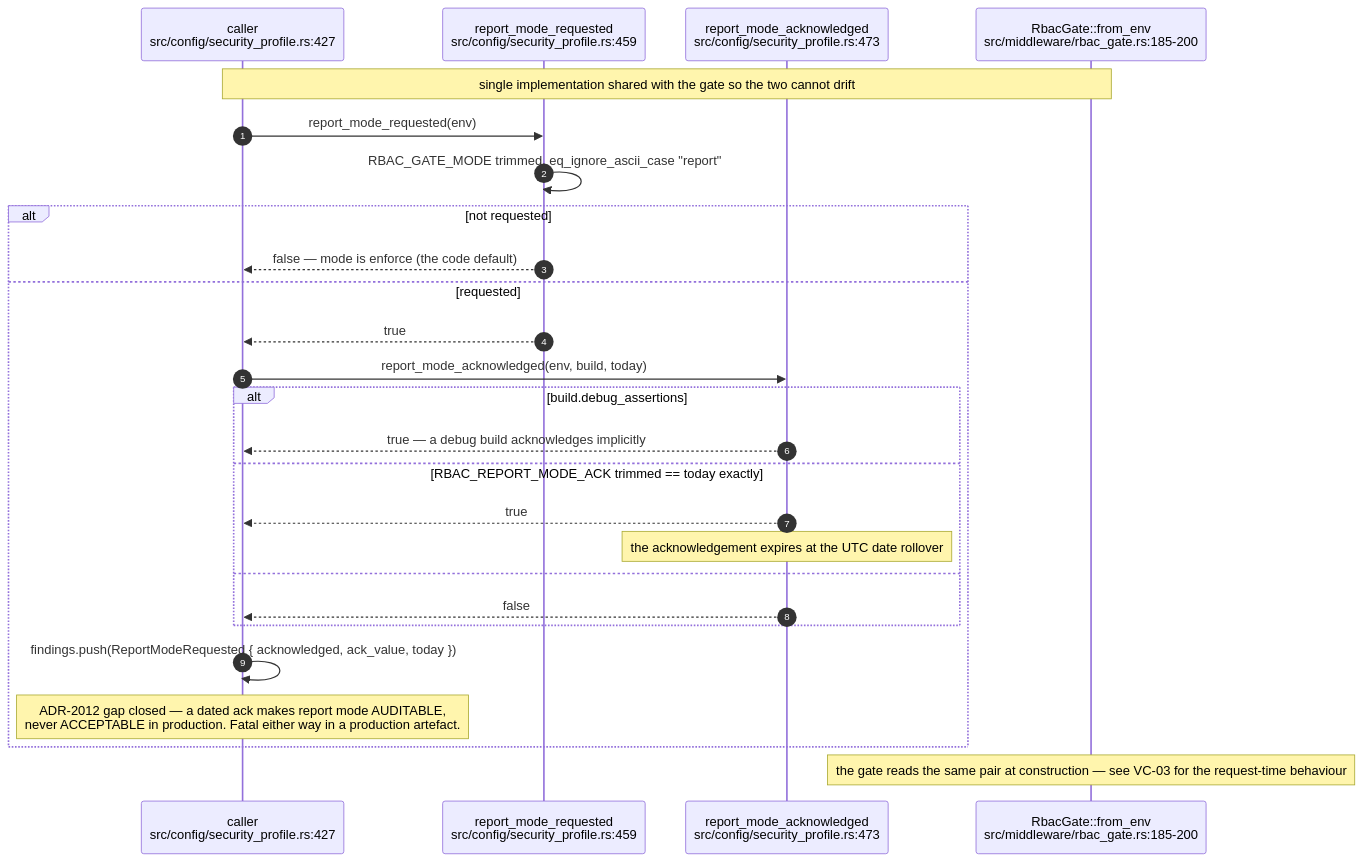
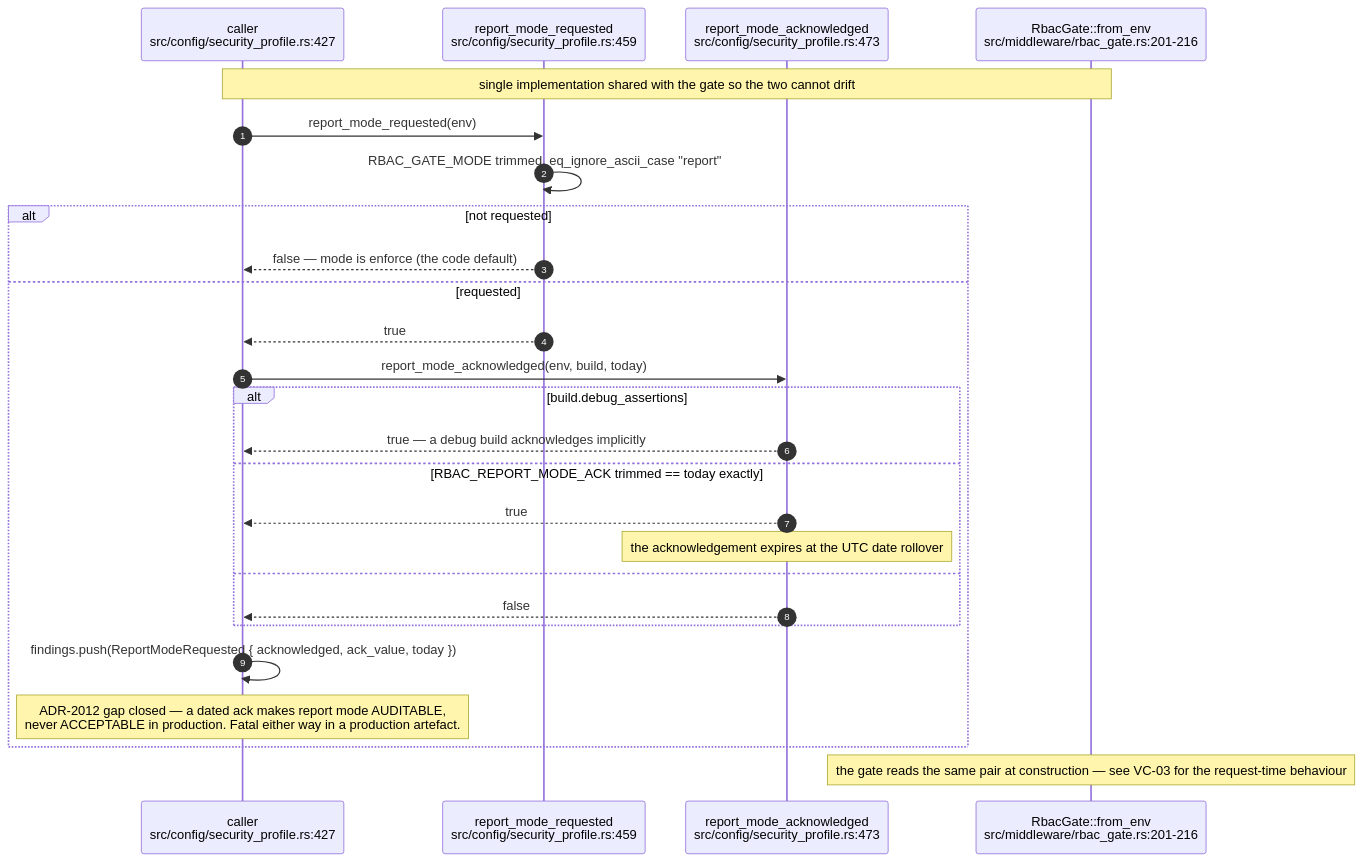
One commit to DreamLab-AI/VisionFlow changed the seventh of 16 diagrams in docs/diagrams/visionclaw/09-config-and-env-flags.md. Above: the diagram before and after it, drawn with Mermaid. The commit also changed other lines of this file and 160 other files, not shown here.

````diff
--- a/docs/diagrams/visionclaw/09-config-and-env-flags.md
+++ b/docs/diagrams/visionclaw/09-config-and-env-flags.md
@@ -354,29 +358,29 @@
 ```mermaid
 sequenceDiagram
     autonumber
     participant C as caller<br/>src/config/security_profile.rs:427
     participant R as report_mode_requested<br/>src/config/security_profile.rs:459
     participant K as report_mode_acknowledged<br/>src/config/security_profile.rs:473
-    participant G as RbacGate::from_env<br/>src/middleware/rbac_gate.rs:185-200
+    participant G as RbacGate::from_env<br/>src/middleware/rbac_gate.rs:201-216
 
     Note over C,G: single implementation shared with the gate so the two cannot drift
     C->>R: report_mode_requested(env)
     R->>R: RBAC_GATE_MODE trimmed, eq_ignore_ascii_case "report"
     alt not requested
         R-->>C: false — mode is enforce (the code default)
     else requested
         R-->>C: true
         C->>K: report_mode_acknowledged(env, build, today)
         alt build.debug_assertions
             K-->>C: true — a debug build acknowledges implicitly
         else RBAC_REPORT_MODE_ACK trimmed == today exactly
             K-->>C: true
             Note over K: the acknowledgement expires at the UTC date rollover
         else
             K-->>C: false
         end
         C->>C: findings.push(ReportModeRequested { acknowledged, ack_value, today })
         Note over C: ADR-2012 gap closed — a dated ack makes report mode AUDITABLE,<br/>never ACCEPTABLE in production. Fatal either way in a production artefact.
     end
     Note over G: the gate reads the same pair at construction — see VC-03 for the request-time behaviour
 ```
````
